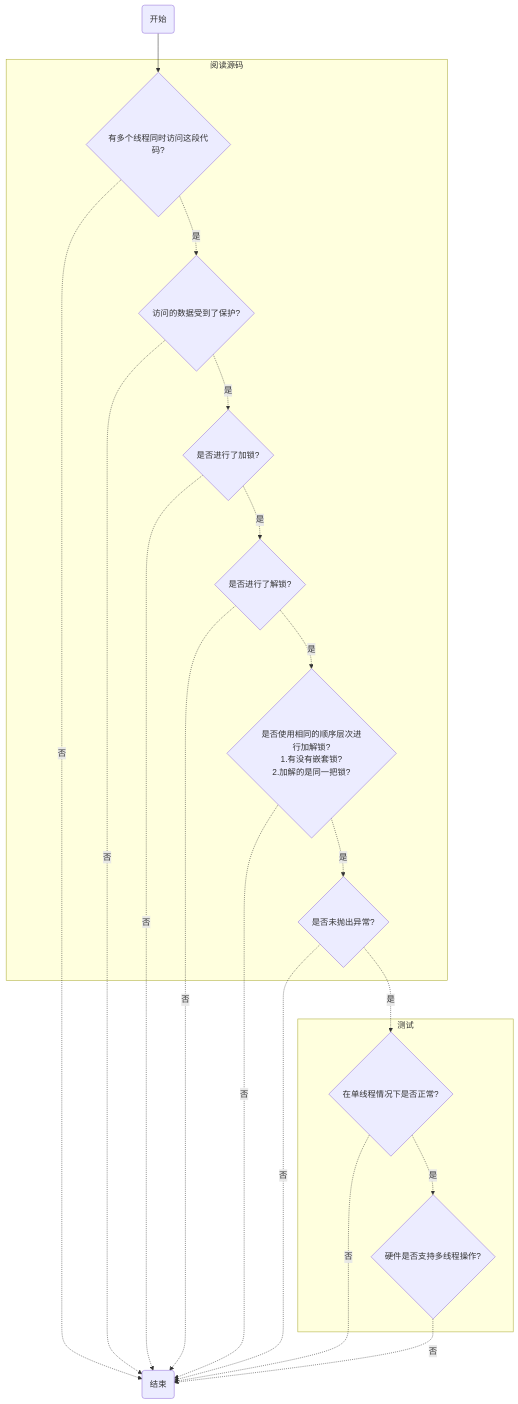
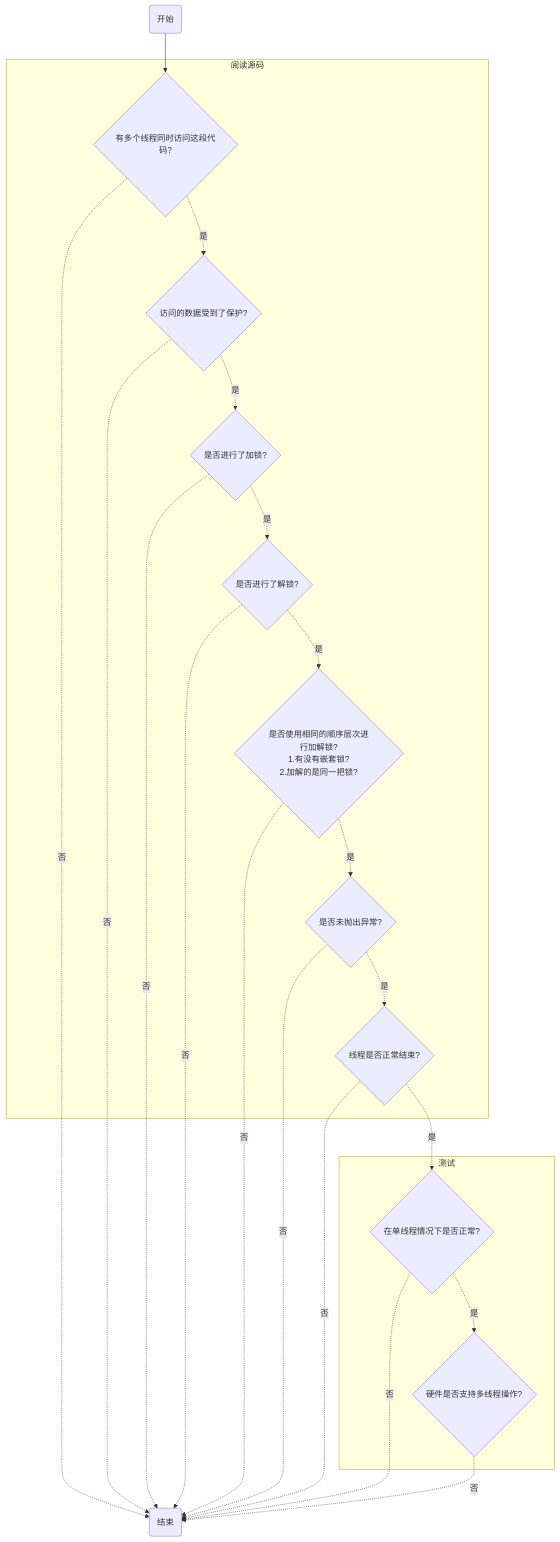
One commit to hanjingo/doc changed the second of 2 diagrams in LANG/C++/concurrency.md. Above: the diagram before and after it, drawn with Mermaid. The commit also changed 16 other files, not shown here.

````diff
--- a/LANG/C++/concurrency.md
+++ b/LANG/C++/concurrency.md
@@ -1293,36 +1293,39 @@
 ```mermaid
 graph TD
 	start(开始)
 	finish(结束)
 	subgraph 阅读源码
 		r1{有多个线程同时访问这段代码?} 
 		r2{访问的数据受到了保护?} 
 		r3{是否进行了加锁?} 
 		r4{是否进行了解锁?}
 		r5{是否使用相同的顺序层次进行加解锁?<br>1.有没有嵌套锁?<br>2.加解的是同一把锁?}
 		r6{是否未抛出异常?}
+		r7{线程是否正常结束?}
 	end
 	
 	subgraph 测试
 		t1{在单线程情况下是否正常?}
 		t2{硬件是否支持多线程操作?}
 	end
 	
 	start --> r1
 	r1 -.是.-> r2
 	r1 -.否.-> finish
 	r2 -.是.-> r3
 	r2 -.否.-> finish
 	r3 -.是.-> r4
 	r3 -.否.-> finish
 	r4 -.是.-> r5
 	r4 -.否.-> finish
 	r5 -.是.-> r6
 	r5 -.否.-> finish
-	r6 -.是.-> t1
+	r6 -.是.-> r7
 	r6 -.否.-> finish
+	r7 -.是.-> t1
+	r7 -.否.-> finish
 	
 	t1 -.是.->t2
 	t1 -.否.->finish
 	t2 -.否.->finish
 ```
````
